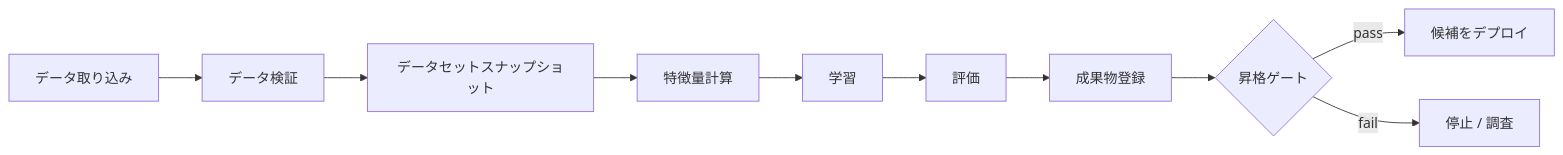
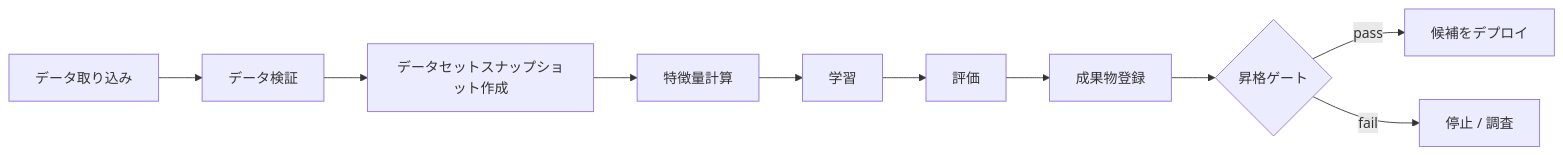
The diagram in ja/16-ml-systems/05-training-pipelines.md (binarydevelop/system-design-patterns), drawn with Mermaid before and after one commit. The commit also changed other lines of this file and 9 other files, not shown here.

````diff
--- a/ja/16-ml-systems/05-training-pipelines.md
+++ b/ja/16-ml-systems/05-training-pipelines.md
@@ -11,12 +39,12 @@
 ```mermaid
 flowchart LR
     INGEST["データ取り込み"] --> VALIDATE["データ検証"]
-    VALIDATE --> SNAPSHOT["データセットスナップショット"]
+    VALIDATE --> SNAPSHOT["データセットスナップショット作成"]
     SNAPSHOT --> FEATURES["特徴量計算"]
     FEATURES --> TRAIN["学習"]
     TRAIN --> EVAL["評価"]
     EVAL --> REGISTRY["成果物登録"]
     REGISTRY --> PROMOTE{"昇格ゲート"}
     PROMOTE -->|"pass"| DEPLOY["候補をデプロイ"]
     PROMOTE -->|"fail"| STOP["停止 / 調査"]
 ```
````
